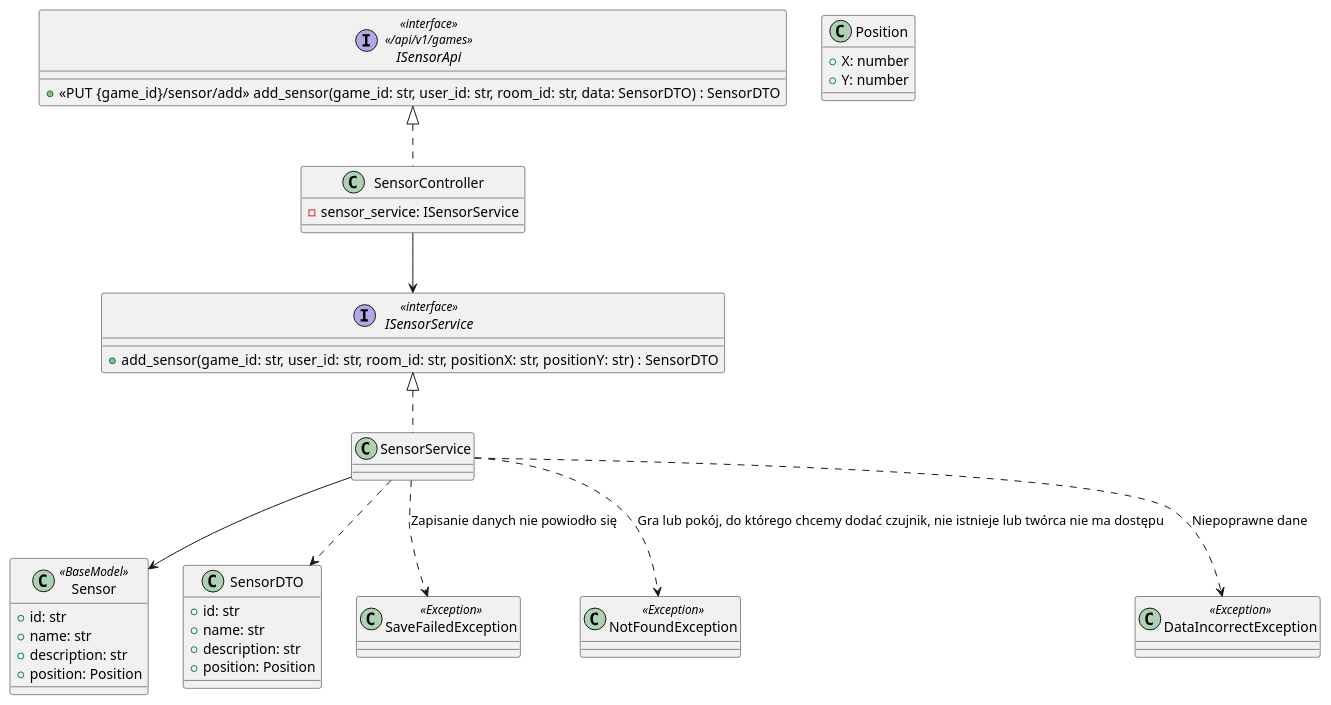
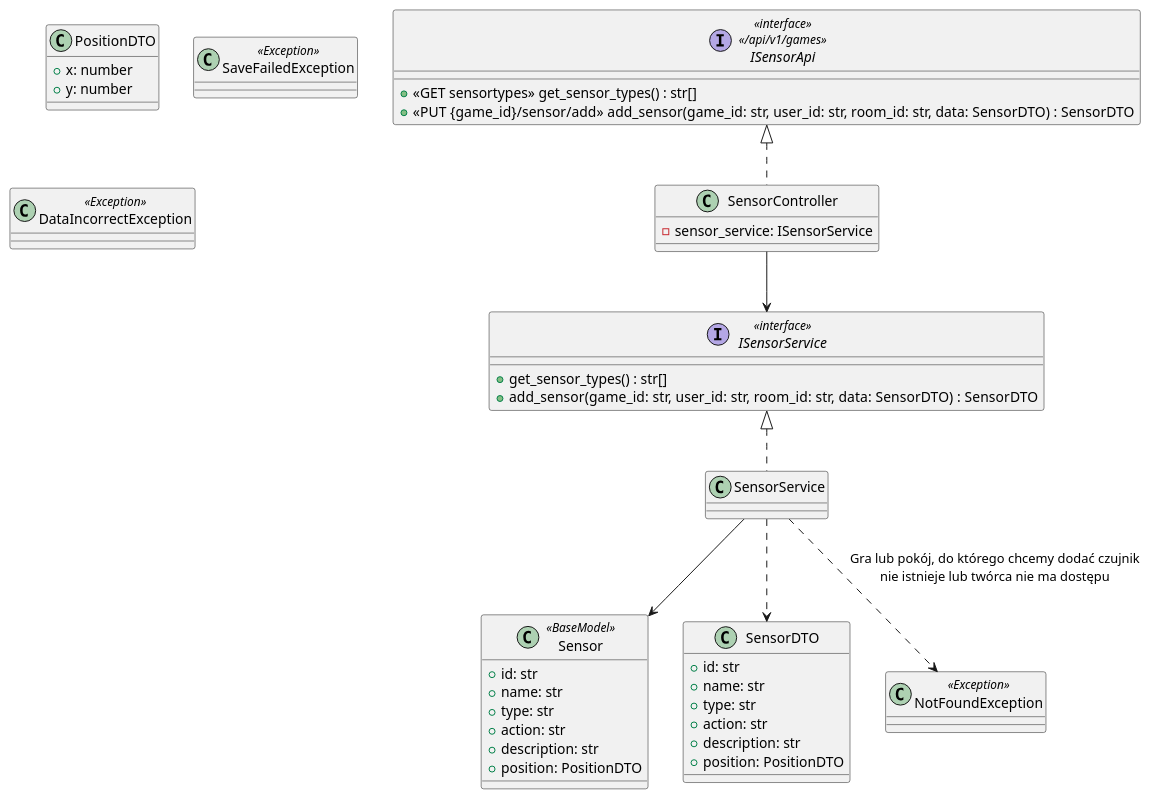
Before and after one commit to Igor-Ochocki/POP-2026Z: the diagram in diagrams/backend/sensor-definition.md, drawn with PlantUML.

Commit message:
sensor types endpoint + small update

````diff
--- a/diagrams/backend/sensor-definition.md
+++ b/diagrams/backend/sensor-definition.md
@@ -1,55 +1,59 @@
 ```plantuml
 interface ISensorApi <<interface>> \n<< /api/v1/games >> {
+    + <<GET sensortypes>> get_sensor_types() : str[]
     + <<PUT {game_id}/sensor/add>> add_sensor(game_id: str, user_id: str, room_id: str, data: SensorDTO) : SensorDTO
 }
 
 class SensorController implements ISensorApi {
     - sensor_service: ISensorService
 }
 
 interface ISensorService <<interface>> {
-    + add_sensor(game_id: str, user_id: str, room_id: str, positionX: str, positionY: str) : SensorDTO
+    + get_sensor_types() : str[]
+    + add_sensor(game_id: str, user_id: str, room_id: str, data: SensorDTO) : SensorDTO
 }
 
 SensorController --> ISensorService
 
 class SensorService implements ISensorService {
 }
 
 class Sensor <<BaseModel>> {
     + id: str
     + name: str
+    + type: str
+    + action: str
     + description: str
-    + position: Position
+    + position: PositionDTO
 }
 
 class SensorDTO {
     + id: str
     + name: str
+    + type: str
+    + action: str
     + description: str
-    + position: Position
+    + position: PositionDTO
 }
 
-class Position {
-    + X: number
-    + Y: number
+class PositionDTO {
+    + x: number
+    + y: number
 }
 
 class SaveFailedException <<Exception>> {
 
 }
 
 class NotFoundException <<Exception>> {
 
 }
 
 class DataIncorrectException <<Exception>> {
 
 }
 
 SensorService --> Sensor
 SensorService ..> SensorDTO
-SensorService ..> NotFoundException : Gra lub pokój, do którego chcemy dodać czujnik, nie istnieje lub twórca nie ma dostępu
-SensorService ..> DataIncorrectException : Niepoprawne dane
-SensorService ..> SaveFailedException : Zapisanie danych nie powiodło się
+SensorService ..> NotFoundException : Gra lub pokój, do którego chcemy dodać czujnik\nnie istnieje lub twórca nie ma dostępu
 ```
````
